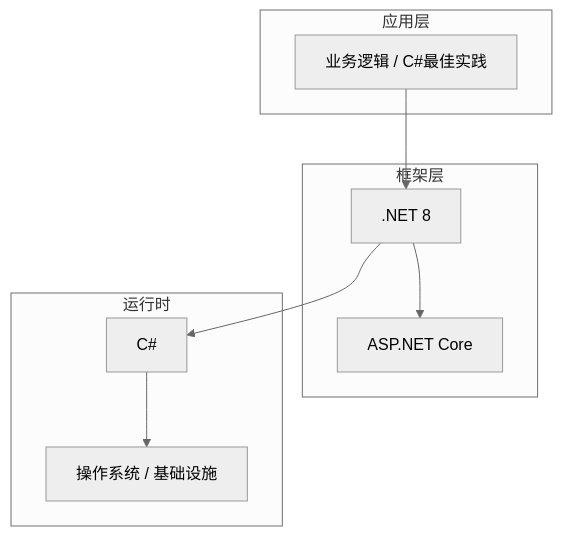
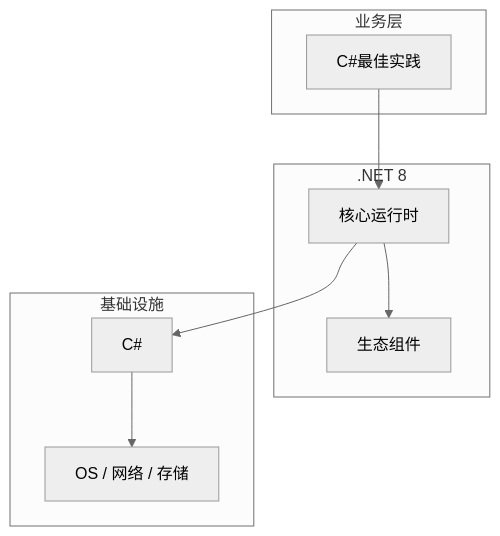
One commit to yanggan2015/knowledge-json-v2 changed the diagram in articles/C#/chapters/095-C#最佳实践核心概念与原理.md. Above: the diagram before and after it, drawn with Mermaid (neutral theme). The commit also changed other lines of this file and 10127 other files, not shown here.

````diff
--- a/articles/C#/chapters/095-C#最佳实践核心概念与原理.md
+++ b/articles/C#/chapters/095-C#最佳实践核心概念与原理.md
@@ -45,18 +34,18 @@
 ```mermaid
 graph TB
-    subgraph 应用层
-        A[业务逻辑 / C#最佳实践]
+    subgraph 业务层
+        A[C#最佳实践]
     end
-    subgraph 框架层
-        B[.NET 8]
-        C[ASP.NET Core]
+    subgraph .NET 8
+        B[核心运行时]
+        C[生态组件]
     end
-    subgraph 运行时
+    subgraph 基础设施
         D[C#]
-        E[操作系统 / 基础设施]
+        E[OS / 网络 / 存储]
     end
     A --> B
     B --> C
     B --> D
     D --> E
 ```
````
